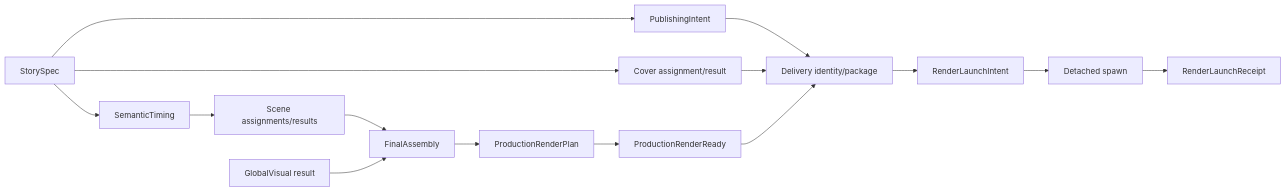
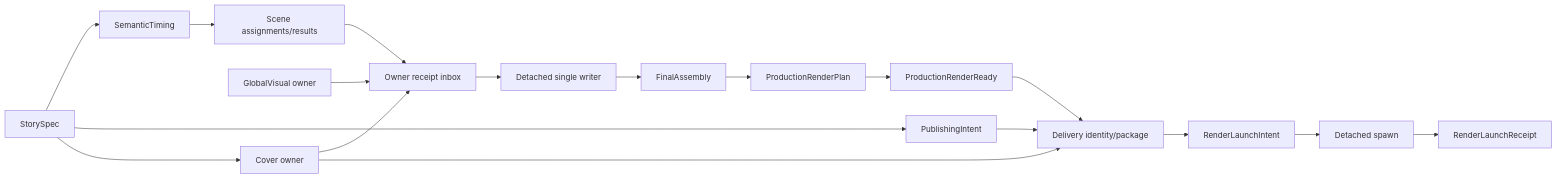
One commit to AXMORF/axmorf-studio changed the diagram in docs/ARCHITECTURE.md. Above: the diagram before and after it, drawn with Mermaid. The commit also changed other lines of this file and 55 other files, not shown here.

Commit message:
feat(production): detach owner watcher workflow

````diff
--- a/docs/ARCHITECTURE.md
+++ b/docs/ARCHITECTURE.md
@@ -30,17 +30,20 @@
 ```mermaid
 flowchart LR
     Story["StorySpec"] --> Timing["SemanticTiming"]
     Story --> Publish["PublishingIntent"]
     Timing --> Scene["Scene assignments/results"]
-    Scene --> Assembly["FinalAssembly"]
-    Global["GlobalVisual result"] --> Assembly
+    Scene --> Receipts["Owner receipt inbox"]
+    Global["GlobalVisual owner"] --> Receipts
+    Cover["Cover owner"] --> Receipts
+    Receipts --> Watcher["Detached single writer"]
+    Watcher --> Assembly["FinalAssembly"]
     Assembly --> Plan["ProductionRenderPlan"]
     Plan --> Ready["ProductionRenderReady"]
-    Story --> Cover["Cover assignment/result"]
+    Story --> Cover
     Publish --> Delivery["Delivery identity/package"]
     Cover --> Delivery
     Ready --> Delivery
     Delivery --> Intent["RenderLaunchIntent"]
     Intent --> Spawn["Detached spawn"]
     Spawn --> Receipt["RenderLaunchReceipt"]
 ```
````
